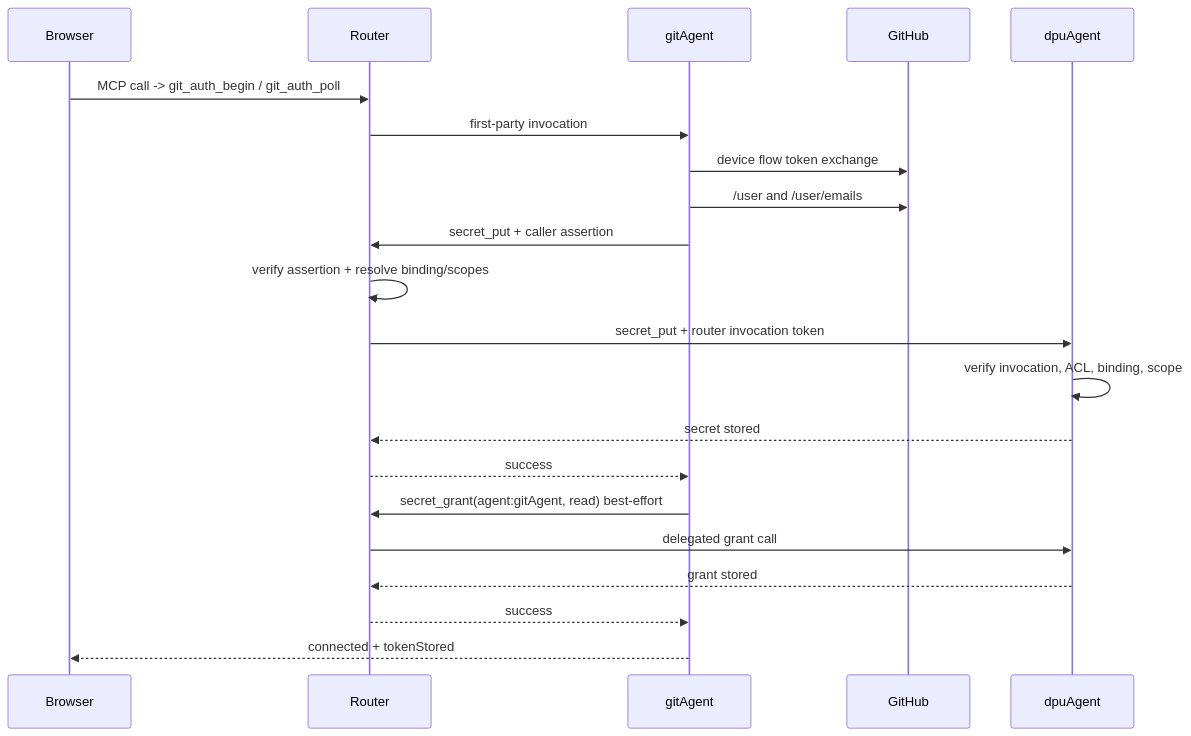
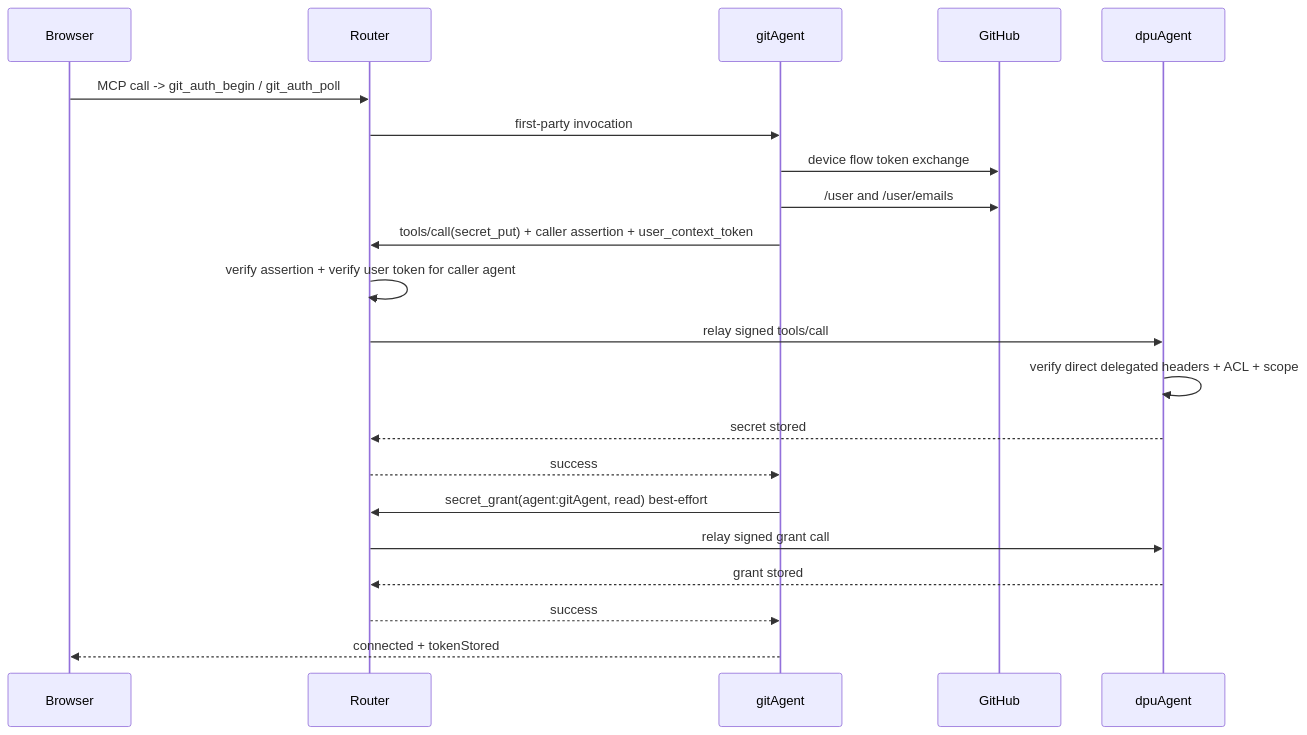
Before and after one commit to PloinkyRepos/file-parser: the second of 3 diagrams in current-architecture-login-secret-flows.md, drawn with Mermaid. The commit also changed other lines of this file and 4 other files, not shown here.

````diff
--- a/current-architecture-login-secret-flows.md
+++ b/current-architecture-login-secret-flows.md
@@ -339,24 +337,24 @@
 ```mermaid
 sequenceDiagram
     participant Browser
     participant Router
     participant Git as gitAgent
     participant GH as GitHub
     participant DPU as dpuAgent
 
     Browser->>Router: MCP call -> git_auth_begin / git_auth_poll
     Router->>Git: first-party invocation
     Git->>GH: device flow token exchange
     Git->>GH: /user and /user/emails
-    Git->>Router: secret_put + caller assertion
-    Router->>Router: verify assertion + resolve binding/scopes
-    Router->>DPU: secret_put + router invocation token
-    DPU->>DPU: verify invocation, ACL, binding, scope
+    Git->>Router: tools/call(secret_put) + caller assertion + user_context_token
+    Router->>Router: verify assertion + verify user token for caller agent
+    Router->>DPU: relay signed tools/call
+    DPU->>DPU: verify direct delegated headers + ACL + scope
     DPU-->>Router: secret stored
     Router-->>Git: success
     Git->>Router: secret_grant(agent:gitAgent, read) best-effort
-    Router->>DPU: delegated grant call
+    Router->>DPU: relay signed grant call
     DPU-->>Router: grant stored
     Router-->>Git: success
     Git-->>Browser: connected + tokenStored
 ```
````
